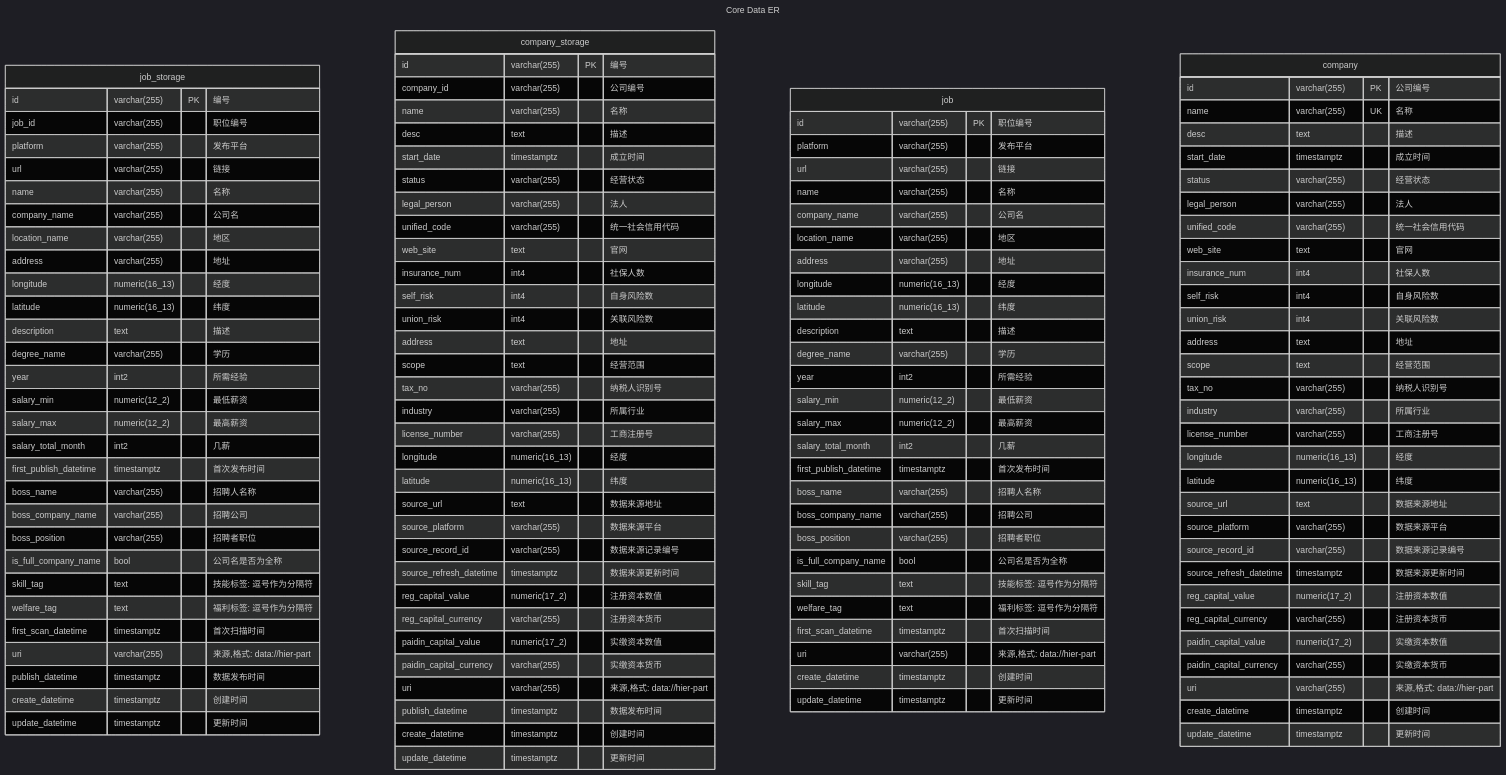
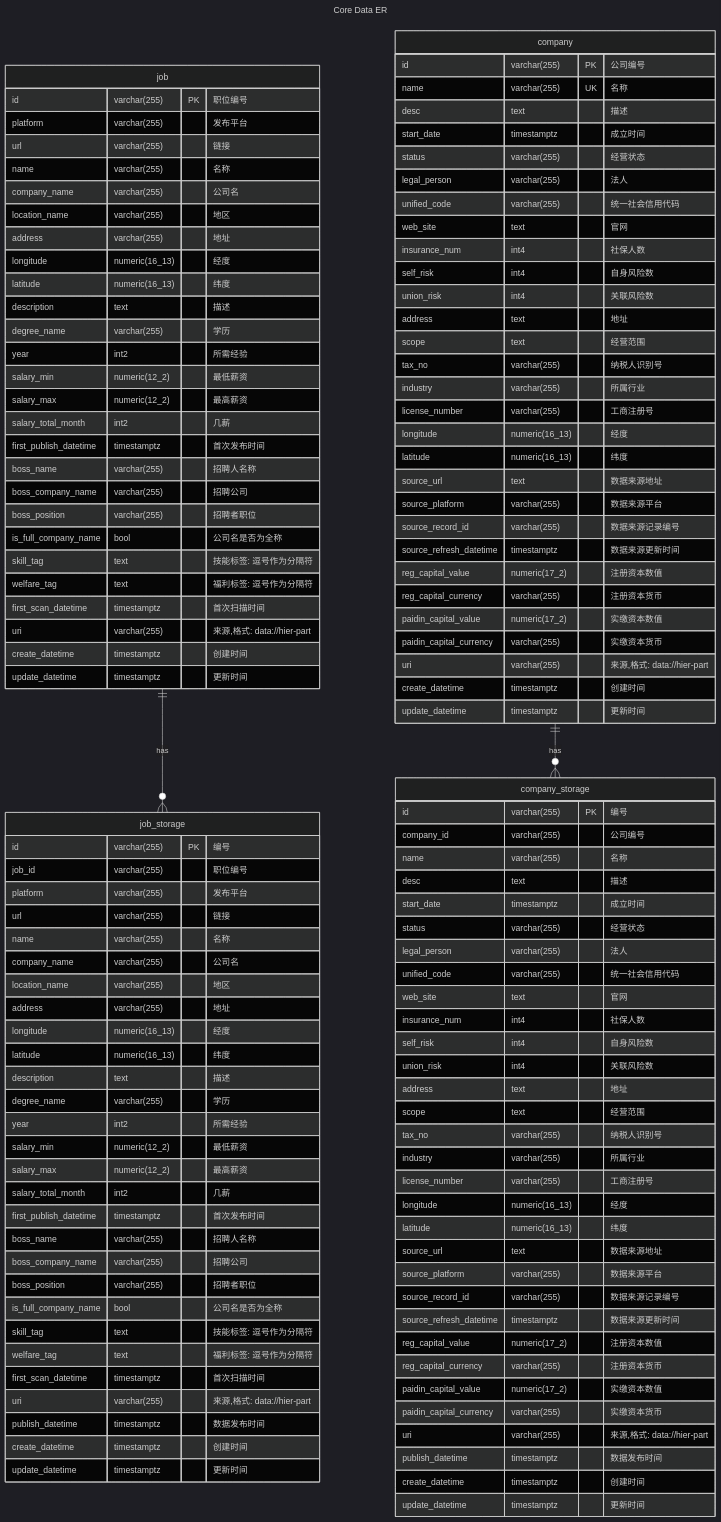
The first of 4 diagrams in docs/src/development/server/core_logic_flow.md (lastsunday/job-hunting), drawn with Mermaid (dark theme) before and after one commit. The commit also changed other lines of this file, not shown here.

Commit message:
docs(server): fill server core logic flow data sync schema

```diff
--- a/docs/src/development/server/core_logic_flow.md
+++ b/docs/src/development/server/core_logic_flow.md
@@ -87,6 +85,7 @@
       create_datetime timestamptz "创建时间"
       update_datetime timestamptz "更新时间"
     }
+    job ||--o{ job_storage: has
     job {
       id varchar(255) PK "职位编号"
       platform varchar(255) "发布平台"
@@ -115,6 +114,7 @@
       create_datetime timestamptz "创建时间"
       update_datetime timestamptz "更新时间"
     }
+    company ||--o{ company_storage: has
     company{
       id varchar(255) PK "公司编号"
       name varchar(255) UK "名称"
```
